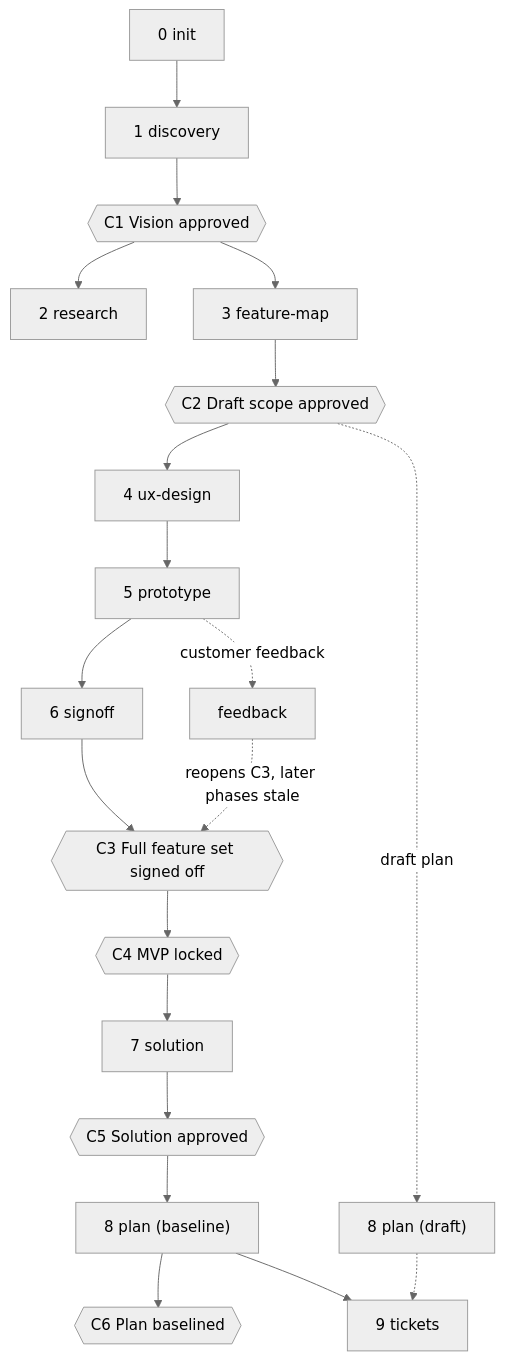
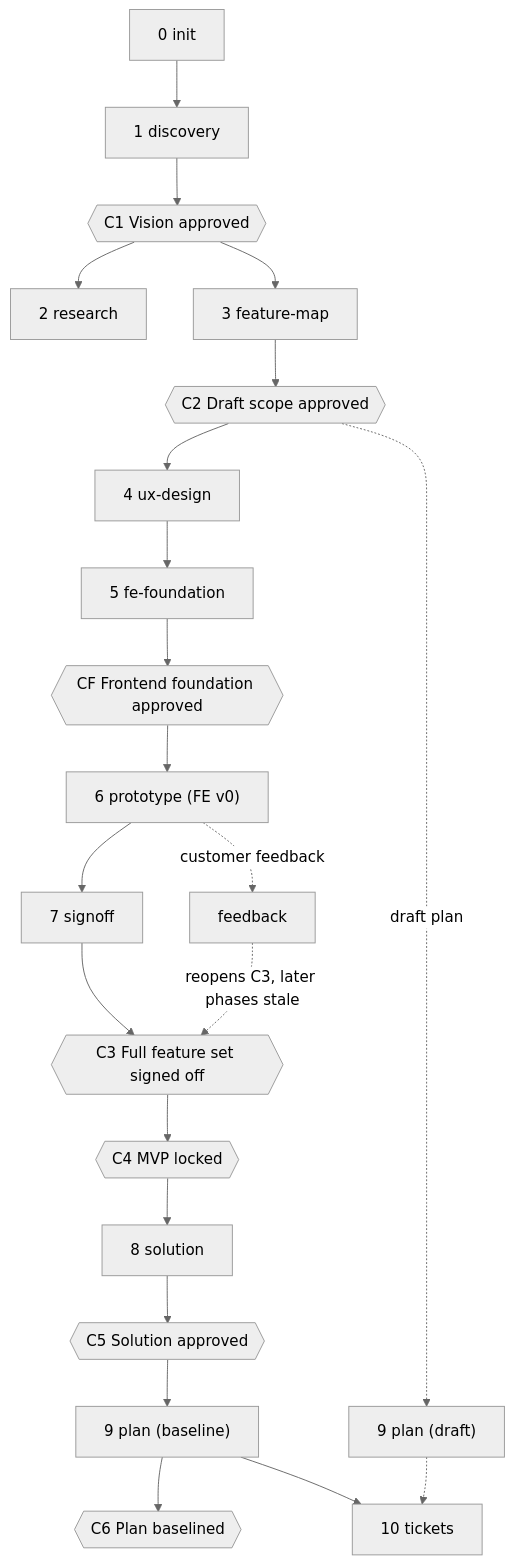
The diagram in README.md (ivai-dev/kick), drawn with Mermaid (neutral theme) before and after one commit. The commit also changed other lines of this file and 18 other files, not shown here.

````diff
--- a/README.md
+++ b/README.md
@@ -13,22 +13,24 @@
 ```mermaid
 flowchart TD
     P0["0 init"] --> P1["1 discovery"]
     P1 --> C1{{"C1 Vision approved"}}
     C1 --> P2["2 research"]
     C1 --> P3["3 feature-map"]
     P3 --> C2{{"C2 Draft scope approved"}}
     C2 --> P4["4 ux-design"]
-    P4 --> P5["5 prototype"]
-    P5 --> P6["6 signoff"]
+    P4 --> P4f["5 fe-foundation"]
+    P4f --> CF{{"CF Frontend foundation approved"}}
+    CF --> P5["6 prototype (FE v0)"]
+    P5 --> P6["7 signoff"]
     P6 --> C3{{"C3 Full feature set signed off"}}
     C3 --> C4{{"C4 MVP locked"}}
-    C4 --> P7["7 solution"]
+    C4 --> P7["8 solution"]
     P7 --> C5{{"C5 Solution approved"}}
-    C5 --> P8["8 plan (baseline)"]
+    C5 --> P8["9 plan (baseline)"]
     P8 --> C6{{"C6 Plan baselined"}}
-    P8 --> P9["9 tickets"]
-    C2 -.->|"draft plan"| P8d["8 plan (draft)"]
+    P8 --> P9["10 tickets"]
+    C2 -.->|"draft plan"| P8d["9 plan (draft)"]
     P8d -.-> P9
     P5 -.->|"customer feedback"| FB["feedback"]
     FB -.->|"reopens C3, later phases stale"| C3
 ```
````
